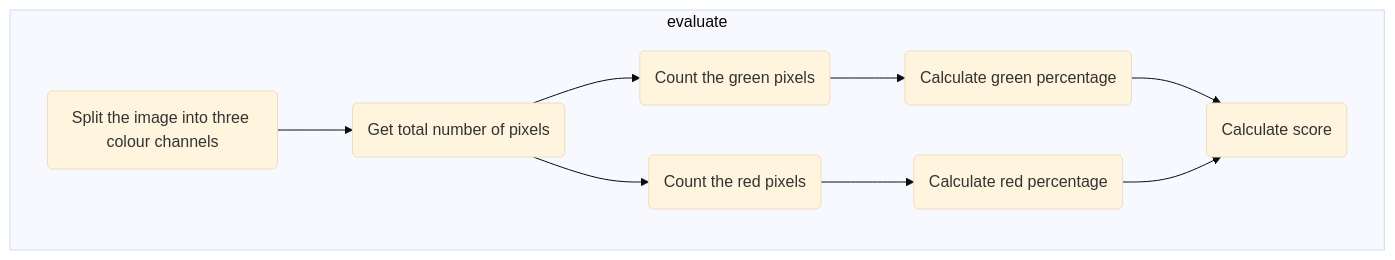
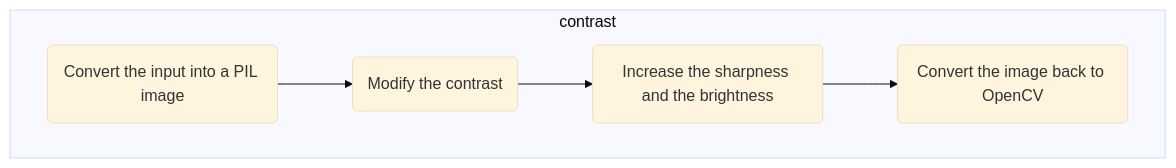
One commit to Parsec-2023/Parsec_AstroPi_2022-23 changed the ninth of 11 diagrams in README.md. Above: the diagram before and after it, drawn with Mermaid (base theme). The commit also changed other lines of this file, not shown here.

````diff
--- a/README.md
+++ b/README.md
@@ -215,9 +291,6 @@
 ```mermaid
 flowchart  TD;
-subgraph evaluate
-m21(Split the image into three colour channels)-->m22(Get total number of pixels)
-m22-->m23(Count the green pixels)-->pg(Calculate green percentage)-->m25
-m22-->m24(Count the red pixels)-->pr(Calculate red percentage)-->m25
-m25(Calculate score)
+subgraph contrast
+1(Convert the input into a PIL image)-->2(Modify the contrast)-->3(Increase the sharpness and the brightness)-->4(Convert the image back to OpenCV)
 end
 ```
````
